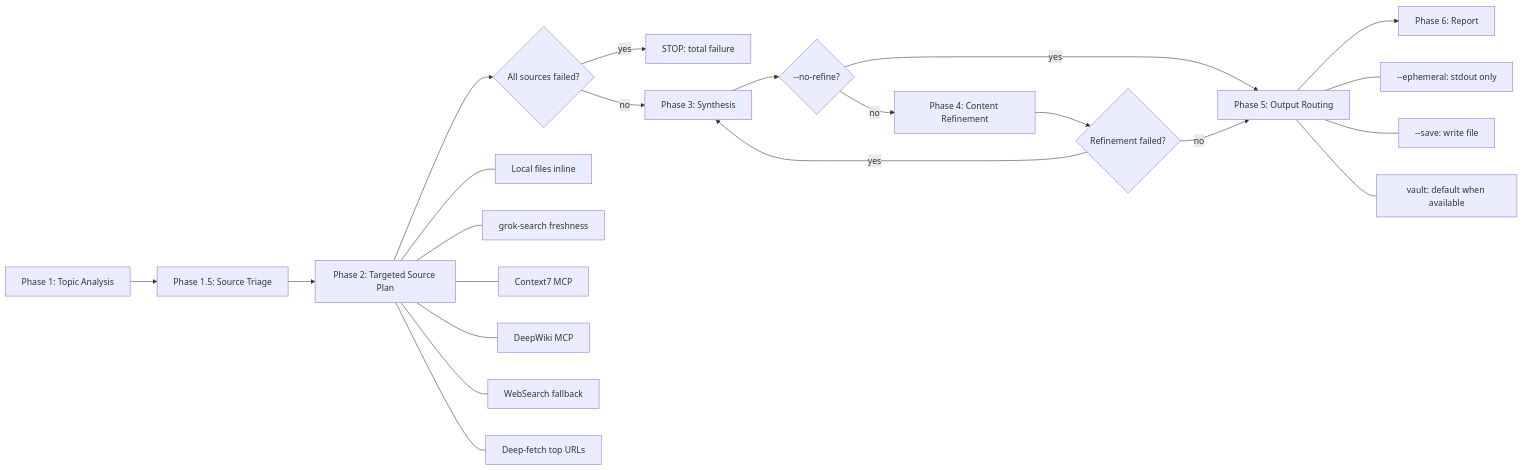
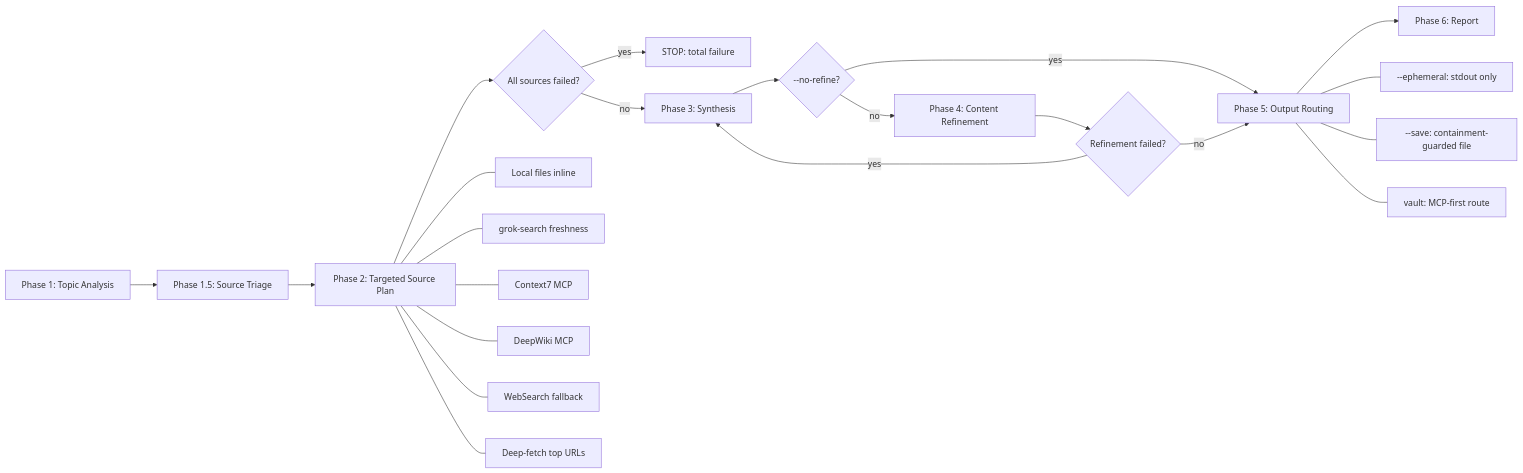
The diagram in skills/deep-research/skills/deep-research/SKILL.md (karlorz/agent-skills), drawn with Mermaid before and after one commit. The commit also changed other lines of this file and 10 other files, not shown here.

First line of the commit message:
fix(deep-research): route vault writes through HTTP MCP

````diff
--- a/skills/deep-research/skills/deep-research/SKILL.md
+++ b/skills/deep-research/skills/deep-research/SKILL.md
@@ -12,26 +12,26 @@
 ```mermaid
 flowchart LR
     A[Phase 1: Topic Analysis] --> T[Phase 1.5: Source Triage]
     T --> B[Phase 2: Targeted Source Plan]
     B --> C{All sources failed?}
     C -- yes --> STOP[STOP: total failure]
     C -- no --> D[Phase 3: Synthesis]
     D --> E{--no-refine?}
     E -- yes --> F[Phase 5: Output Routing]
     E -- no --> G[Phase 4: Content Refinement]
     G --> FAIL{Refinement failed?}
     FAIL -- yes --> D
     FAIL -- no --> F
     F --> H[Phase 6: Report]
 
     B --- B1[Local files inline]
     B --- B2[grok-search freshness]
     B --- B3[Context7 MCP]
     B --- B4[DeepWiki MCP]
     B --- B5[WebSearch fallback]
     B --- B6[Deep-fetch top URLs]
 
     F --- F1[--ephemeral: stdout only]
-    F --- F2[--save: write file]
-    F --- F3[vault: default when available]
+    F --- F2[--save: containment-guarded file]
+    F --- F3[vault: MCP-first route]
 ```
````
